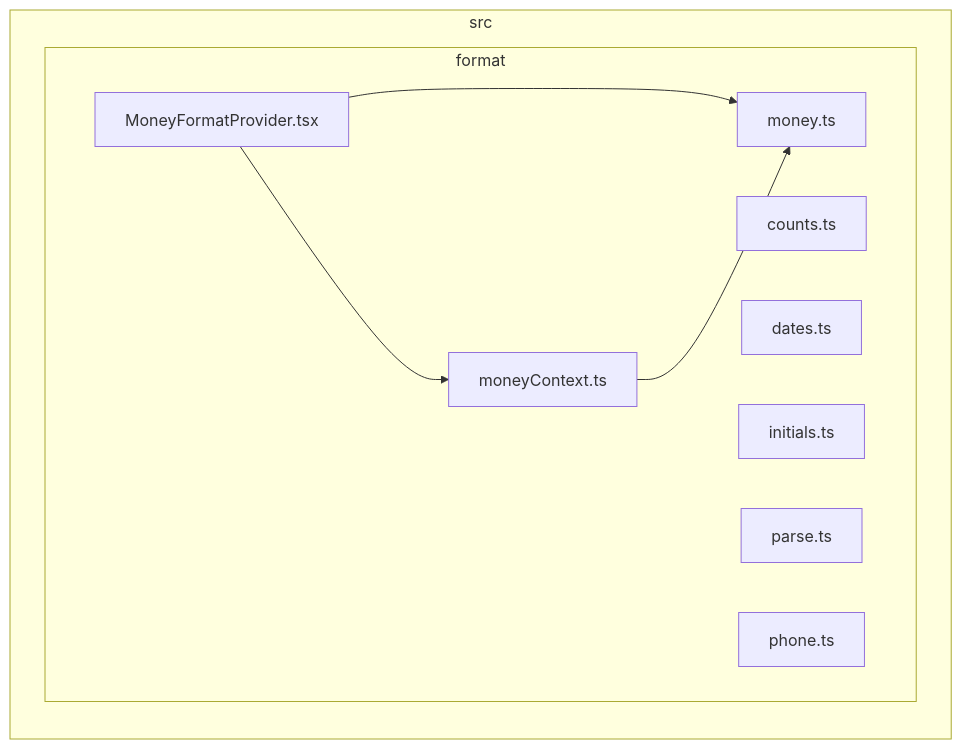
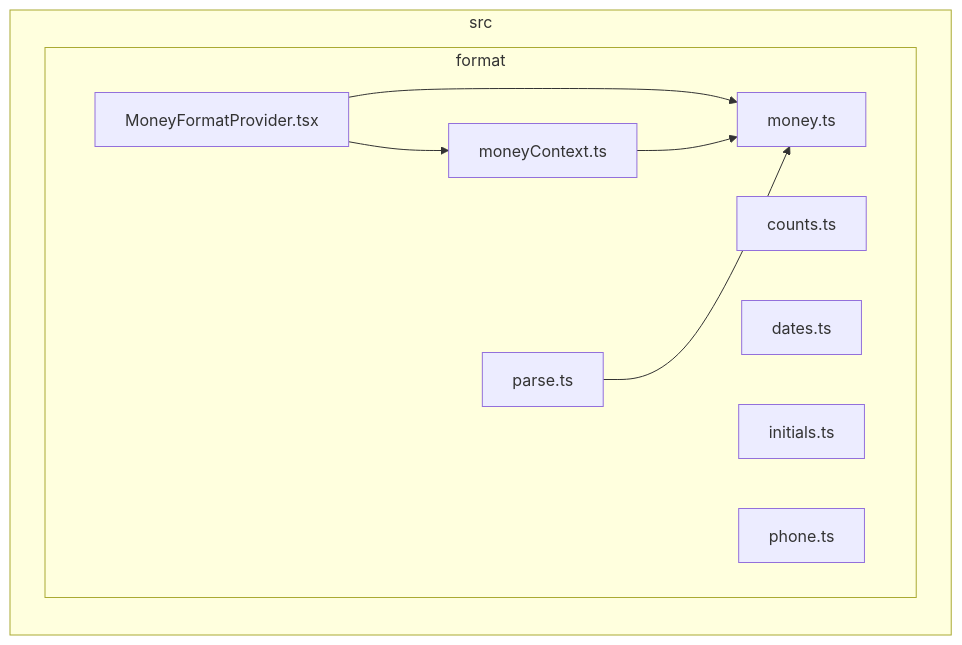
The diagram in docs/architecture/generated/front-modules/format.md (GonzaloZevallos/apostrophe), drawn with Mermaid before and after one commit. The commit also changed 1 other file, not shown here.

Commit message:
Regenerate the front module docs for MoneyInput and the money parser

````diff
--- a/docs/architecture/generated/front-modules/format.md
+++ b/docs/architecture/generated/front-modules/format.md
@@ -7,18 +7,19 @@
 ```mermaid
 flowchart LR
 subgraph src["src"]
   subgraph src_format["format"]
     src_format_MoneyFormatProvider_tsx["MoneyFormatProvider.tsx"]
     src_format_counts_ts["counts.ts"]
     src_format_dates_ts["dates.ts"]
     src_format_initials_ts["initials.ts"]
     src_format_moneyContext_ts["moneyContext.ts"]
     src_format_money_ts["money.ts"]
     src_format_parse_ts["parse.ts"]
     src_format_phone_ts["phone.ts"]
   end
 end
 src_format_MoneyFormatProvider_tsx-->src_format_moneyContext_ts
 src_format_MoneyFormatProvider_tsx-->src_format_money_ts
 src_format_moneyContext_ts-->src_format_money_ts
+src_format_parse_ts-->src_format_money_ts
 ```
````
